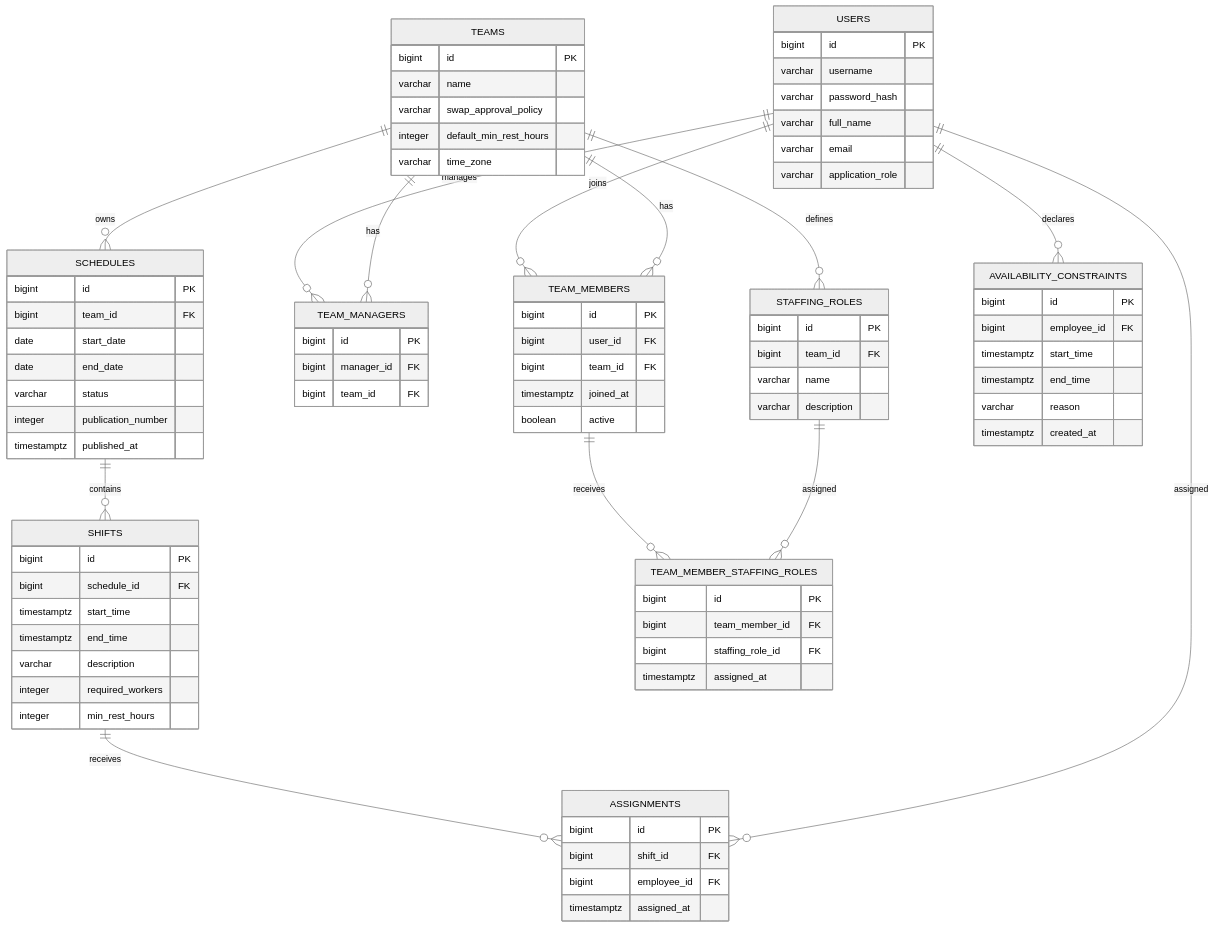
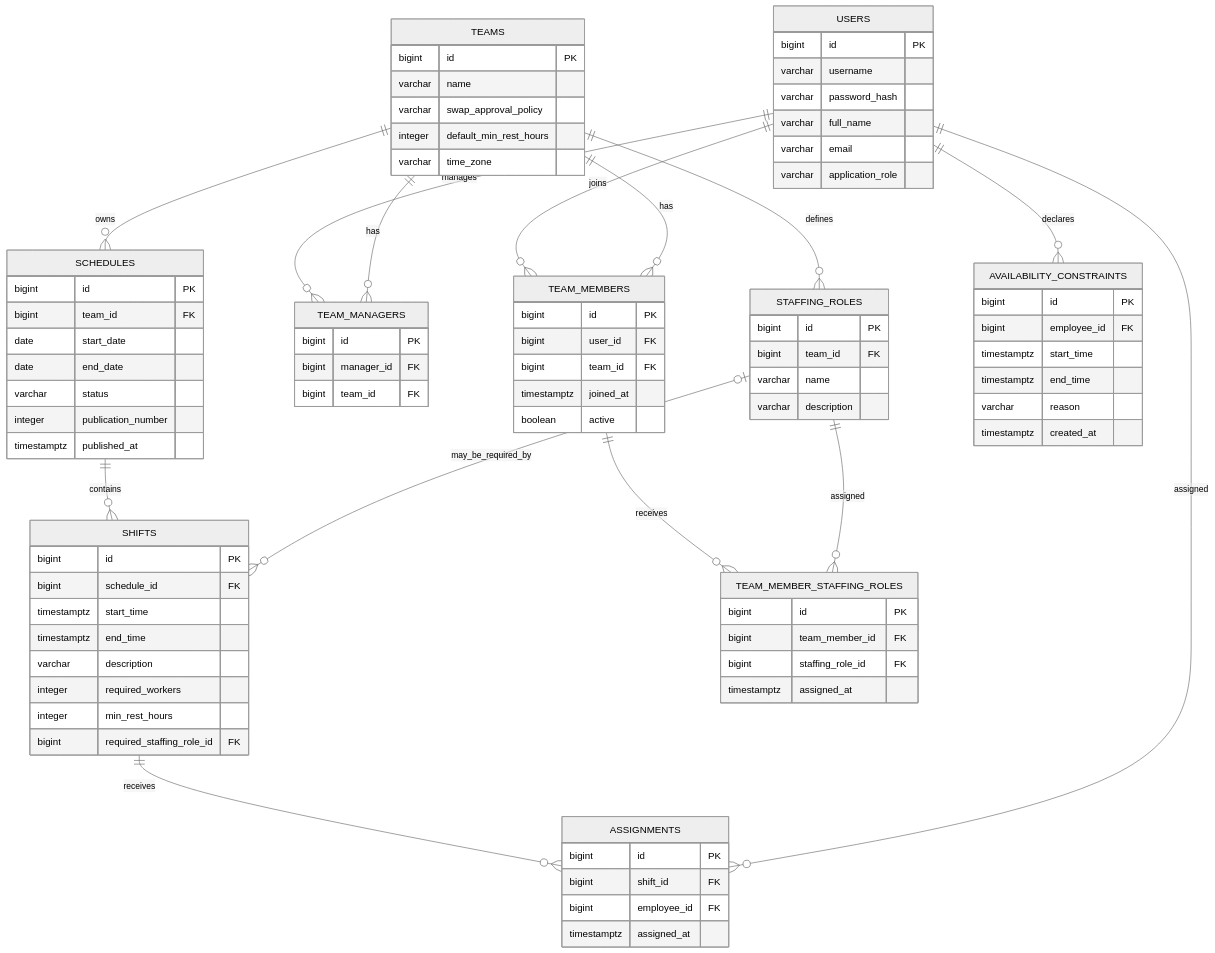
The fourth of 9 diagrams in docs/current-backend-architecture.md (HiliMor/shift-management-system), drawn with Mermaid (neutral theme) before and after one commit. The commit also changed other lines of this file and 11 other files, not shown here.

Commit message:
Add optional required staffing role to shifts

```diff
--- a/docs/current-backend-architecture.md
+++ b/docs/current-backend-architecture.md
@@ -110,6 +110,7 @@
 
     TEAM_MEMBERS ||--o{ TEAM_MEMBER_STAFFING_ROLES : receives
     STAFFING_ROLES ||--o{ TEAM_MEMBER_STAFFING_ROLES : assigned
+    STAFFING_ROLES |o--o{ SHIFTS : may_be_required_by
 
     USERS {
         bigint id PK
@@ -160,6 +161,7 @@
         varchar description
         integer required_workers
         integer min_rest_hours
+        bigint required_staffing_role_id FK
     }
 
     ASSIGNMENTS {
```
